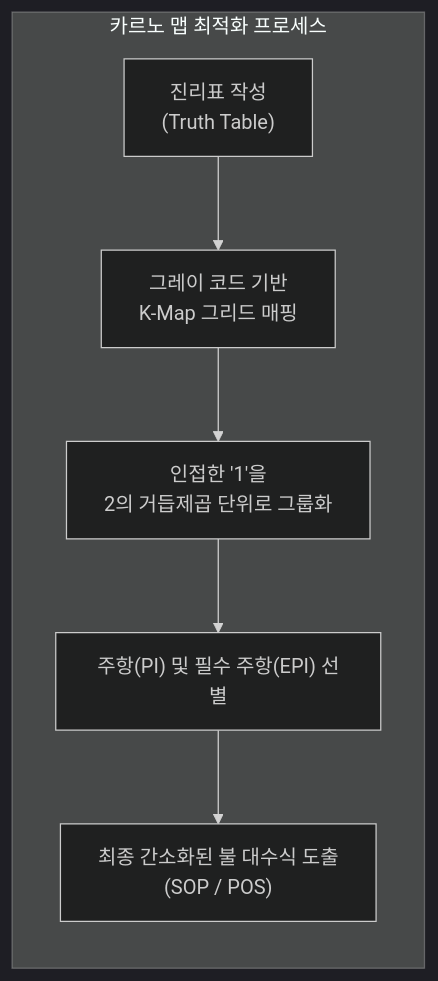
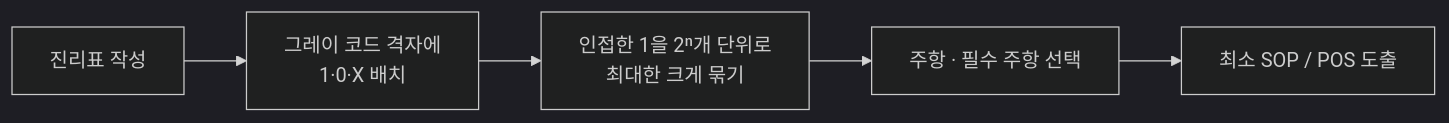
The diagram in content/01_IT Tech/카르노 맵.md (supremethumb/supremethumb.github.io), drawn with Mermaid (dark theme) before and after one commit. The commit also changed other lines of this file and 1087 other files, not shown here.

````diff
--- a/content/01_IT Tech/카르노 맵.md
+++ b/content/01_IT Tech/카르노 맵.md
@@ -28,11 +35,7 @@
 ```mermaid
-flowchart TB
-    subgraph KMAP["카르노 맵 최적화 프로세스"]
-        direction TB
-        S1["진리표 작성<br/>(Truth Table)"] --> S2["그레이 코드 기반<br/>K-Map 그리드 매핑"]
-        S2 --> S3["인접한 '1'을<br/>2의 거듭제곱 단위로 그룹화"]
-        S3 --> S4["주항(PI) 및 필수 주항(EPI) 선별"]
-        S4 --> S5["최종 간소화된 불 대수식 도출<br/>(SOP / POS)"]
-    end
-
+flowchart LR
+    S1["진리표 작성"] --> S2["그레이 코드 격자에<br/>1·0·X 배치"]
+    S2 --> S3["인접한 1을 2ⁿ개 단위로<br/>최대한 크게 묶기"]
+    S3 --> S4["주항 · 필수 주항 선택"]
+    S4 --> S5["최소 SOP / POS 도출"]
 ```
````
